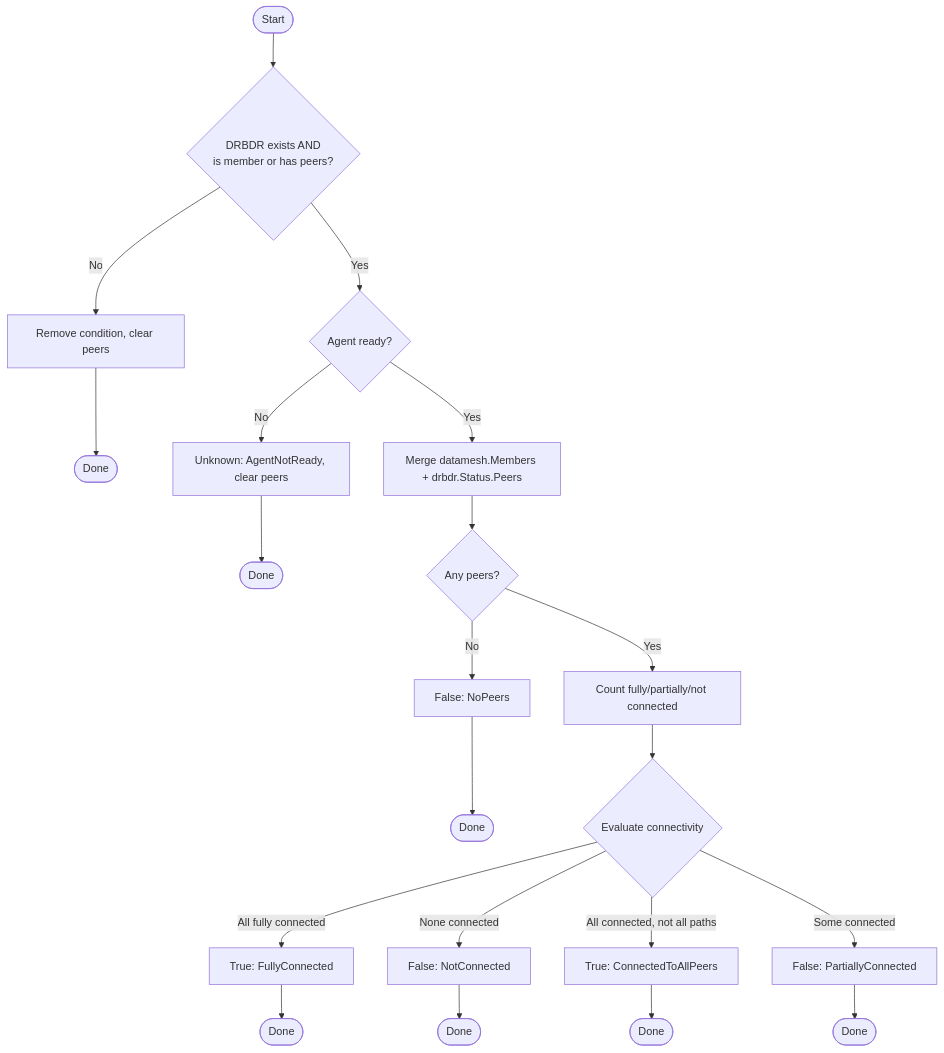
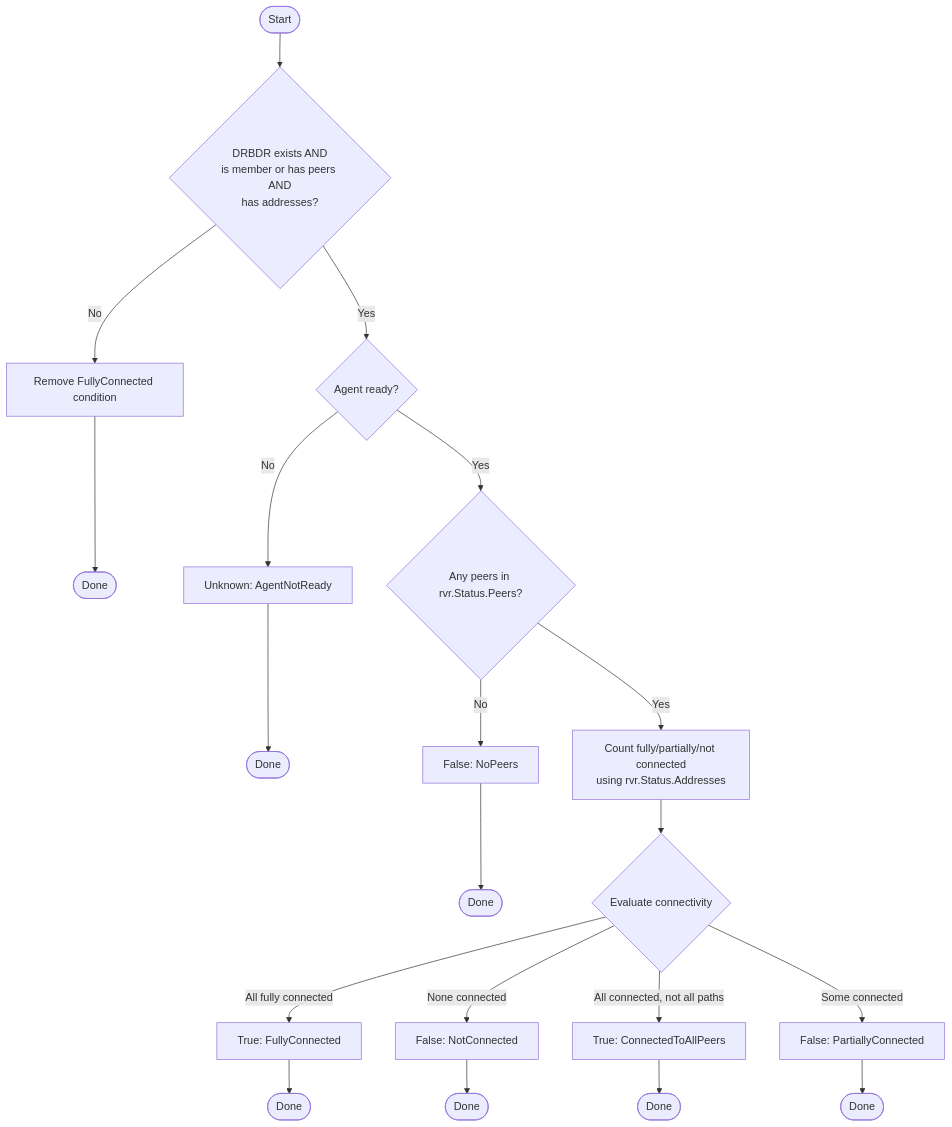
The eighth of 11 diagrams in images/controller/internal/controllers/rvr_controller/README.md (deckhouse/sds-replicated-volume), drawn with Mermaid before and after one commit. The commit also changed other lines of this file and 4 other files, not shown here.

First line of the commit message:
[controller] Make RVR status.peers reflect pure observed state from DRBDR

````diff
--- a/images/controller/internal/controllers/rvr_controller/README.md
+++ b/images/controller/internal/controllers/rvr_controller/README.md
@@ -741,29 +775,27 @@
 ```mermaid
 flowchart TD
-    Start([Start]) --> CheckRelevant{DRBDR exists AND<br/>is member or has peers?}
-    CheckRelevant -->|No| RemoveAll[Remove condition, clear peers]
-    RemoveAll --> End1([Done])
+    Start([Start]) --> CheckRelevant{DRBDR exists AND<br/>is member or has peers AND<br/>has addresses?}
+    CheckRelevant -->|No| RemoveCond[Remove FullyConnected condition]
+    RemoveCond --> End1([Done])
 
     CheckRelevant -->|Yes| CheckAgent{Agent ready?}
-    CheckAgent -->|No| SetUnknown[Unknown: AgentNotReady, clear peers]
+    CheckAgent -->|No| SetUnknown[Unknown: AgentNotReady]
     SetUnknown --> End2([Done])
 
-    CheckAgent -->|Yes| MergePeers["Merge datamesh.Members + drbdr.Status.Peers"]
-    MergePeers --> CheckPeers{Any peers?}
-
+    CheckAgent -->|Yes| CheckPeers{Any peers in rvr.Status.Peers?}
     CheckPeers -->|No| SetFalse1[False: NoPeers]
     SetFalse1 --> End3([Done])
 
-    CheckPeers -->|Yes| CountConnections[Count fully/partially/not connected]
+    CheckPeers -->|Yes| CountConnections["Count fully/partially/not connected<br/>using rvr.Status.Addresses"]
     CountConnections --> EvalState{Evaluate connectivity}
 
     EvalState -->|All fully connected| SetTrue1[True: FullyConnected]
     EvalState -->|None connected| SetFalse2[False: NotConnected]
     EvalState -->|All connected, not all paths| SetTrue2[True: ConnectedToAllPeers]
     EvalState -->|Some connected| SetFalse3[False: PartiallyConnected]
 
     SetTrue1 --> End4([Done])
     SetFalse2 --> End5([Done])
     SetTrue2 --> End6([Done])
     SetFalse3 --> End7([Done])
 ```
````
